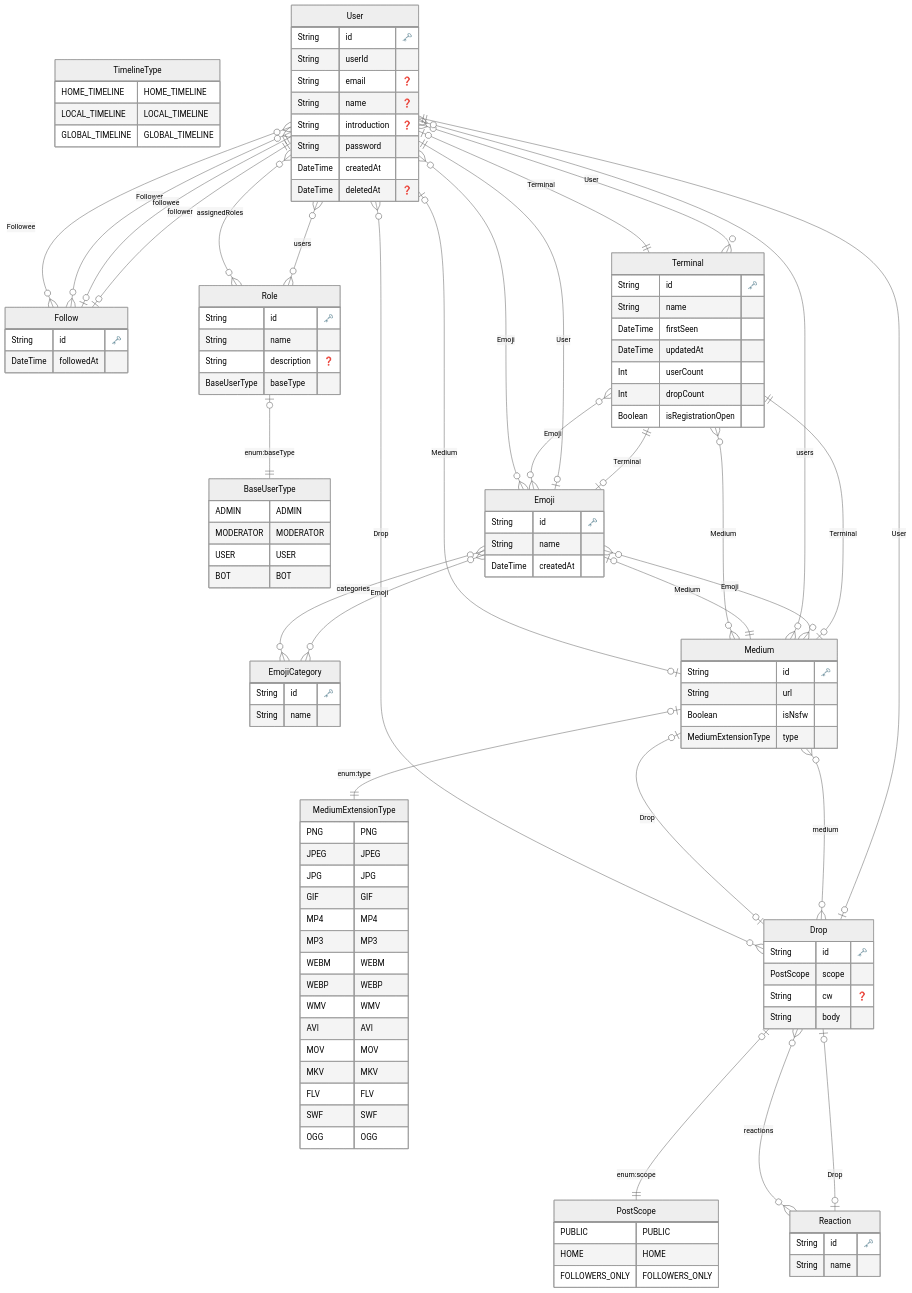
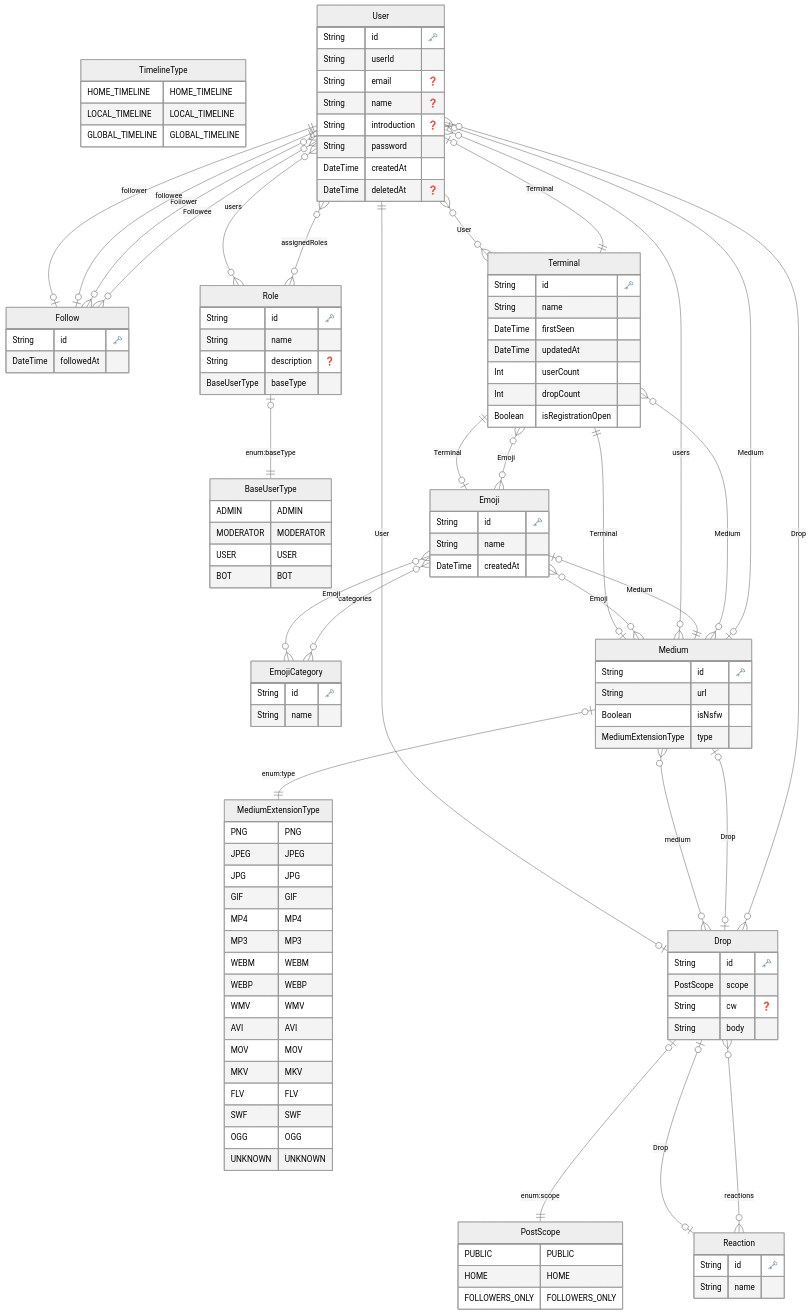
The diagram in packages/backend/prisma/erd.md (na2na-p/avion), drawn with Mermaid (neutral theme) before and after one commit. The commit also changed 3 other files, not shown here.

```diff
--- a/packages/backend/prisma/erd.md
+++ b/packages/backend/prisma/erd.md
@@ -42,6 +42,7 @@
 FLV FLV
 SWF SWF
 OGG OGG
+UNKNOWN UNKNOWN
         }
     
   "User" {
@@ -119,7 +120,6 @@
     "User" o|--|o "Medium" : "Medium"
     "User" o{--}o "Role" : "assignedRoles"
     "User" o{--}o "Drop" : "Drop"
-    "User" o{--}o "Emoji" : "Emoji"
     "User" o{--}o "Follow" : "Followee"
     "User" o{--}o "Follow" : "Follower"
     "Follow" o|--|| "User" : "followee"
@@ -135,7 +135,6 @@
     "Terminal" o{--}o "Medium" : "Medium"
     "Reaction" o|--|o "Drop" : "Drop"
     "Emoji" o{--}o "EmojiCategory" : "categories"
-    "Emoji" o|--|| "User" : "User"
     "Emoji" o|--|| "Medium" : "Medium"
     "Emoji" o|--|| "Terminal" : "Terminal"
     "EmojiCategory" o{--}o "Emoji" : "Emoji"
```
